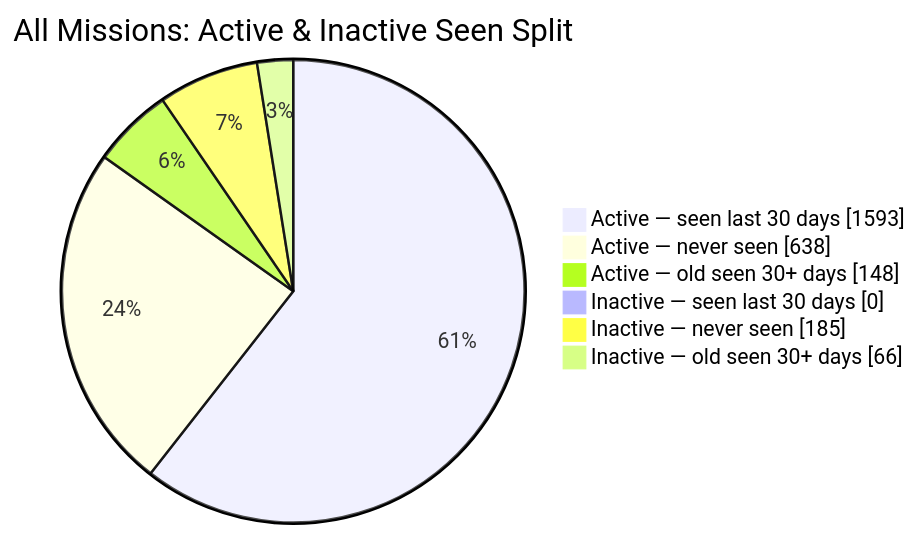
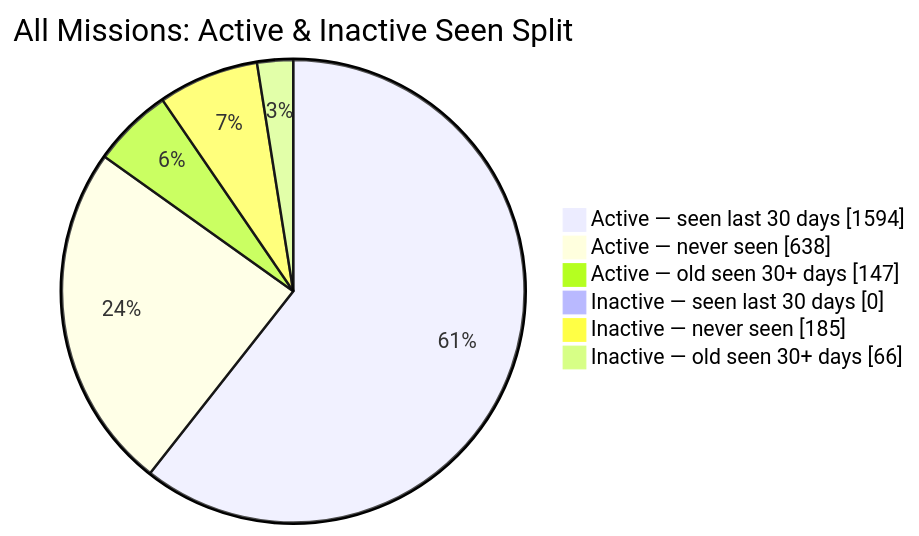
One commit to MeldkamerspelGameTeam/active-missions changed the second of 2 diagrams in README.md. Above: the diagram before and after it, drawn with Mermaid. The commit also changed other lines of this file and 2 other files, not shown here.

````diff
--- a/README.md
+++ b/README.md
@@ -44,10 +44,10 @@
 ```mermaid
 pie showData
     title All Missions: Active & Inactive Seen Split
-    "Active — seen last 30 days" : 1593
+    "Active — seen last 30 days" : 1594
     "Active — never seen" : 638
-    "Active — old seen 30+ days" : 148
+    "Active — old seen 30+ days" : 147
     "Inactive — seen last 30 days" : 0
     "Inactive — never seen" : 185
     "Inactive — old seen 30+ days" : 66
 ```
````
